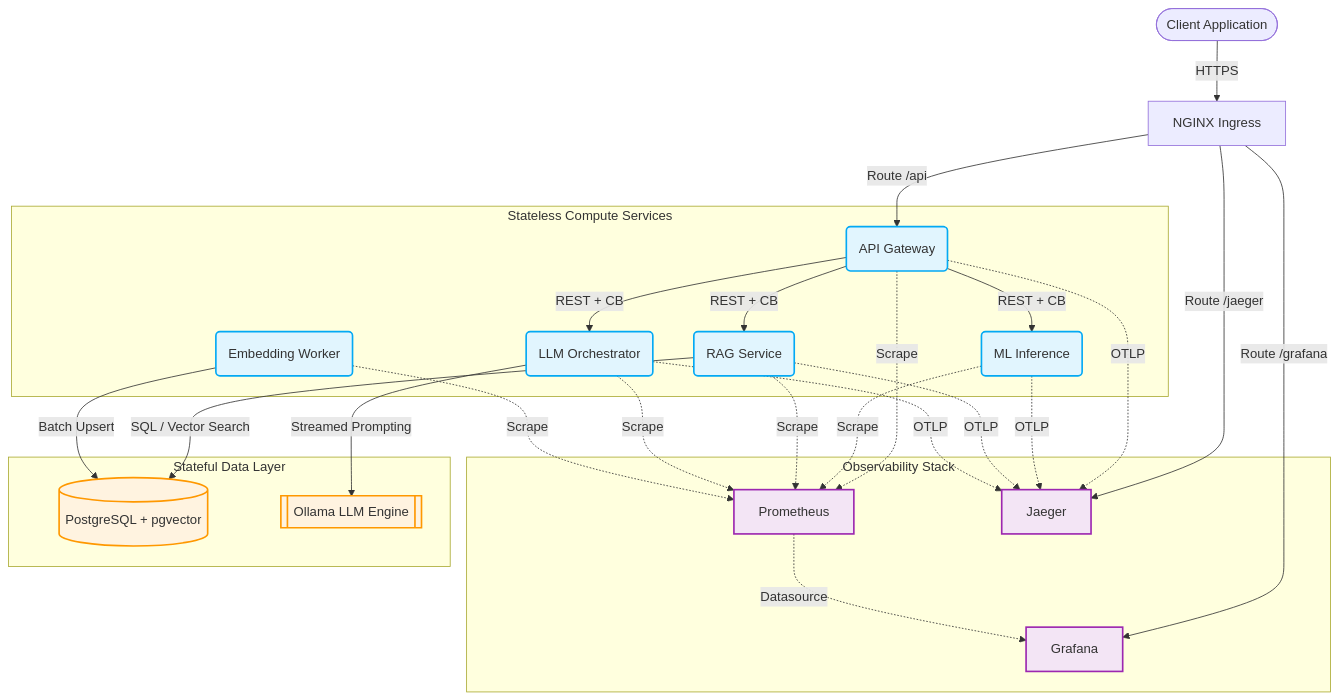
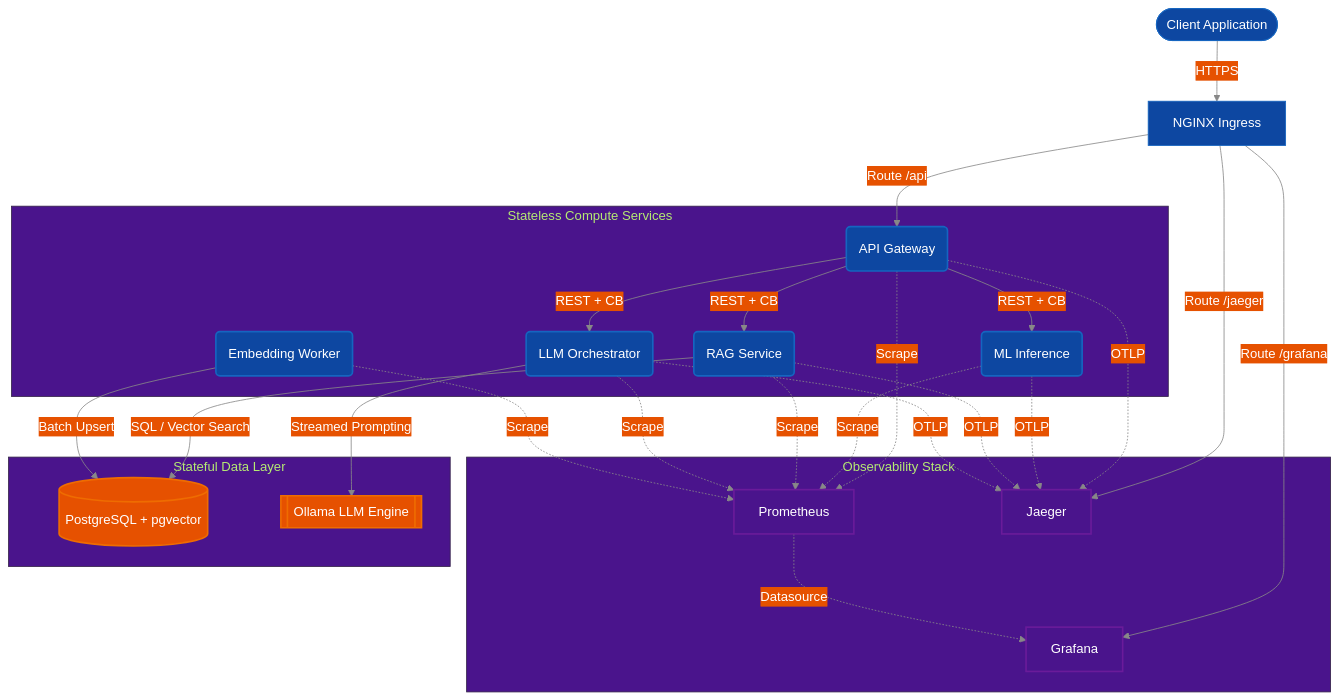
Before and after one commit to Satya136-dvsn/biz-stratosphere: the first of 3 diagrams in docs/whitepaper/diagrams.md, drawn with Mermaid.

Commit message:
style(docs): optimize architecture diagrams for dark mode visibility

````diff
--- a/docs/whitepaper/diagrams.md
+++ b/docs/whitepaper/diagrams.md
@@ -7,68 +7,69 @@
 ```mermaid
+%%{init: {'theme': 'base', 'themeVariables': { 'primaryColor': '#0d47a1', 'primaryTextColor': '#fff', 'primaryBorderColor': '#1565c0', 'lineColor': '#888', 'secondaryColor': '#e65100', 'tertiaryColor': '#4a148c' }}}%%
 graph TD
     %% External
     Client([Client Application])
     Ingress[NGINX Ingress]
 
     %% Observability
     subgraph Observability Stack
         Prom[Prometheus]
         Graf[Grafana]
         Jaeg[Jaeger]
     end
 
     %% Stateless Application Services
     subgraph Stateless Compute Services
         GW(API Gateway)
         ML(ML Inference)
         RAG(RAG Service)
         ORCH(LLM Orchestrator)
         WORK(Embedding Worker)
     end
 
     %% Stateful Data Services
     subgraph Stateful Data Layer
         PG[(PostgreSQL + pgvector)]
         LLM[[Ollama LLM Engine]]
     end
 
     %% Routing
     Client -->|HTTPS| Ingress
     Ingress -->|Route /api| GW
     Ingress -->|Route /grafana| Graf
     Ingress -->|Route /jaeger| Jaeg
 
     %% API Gateway Flow
     GW -->|REST + CB| ML
     GW -->|REST + CB| RAG
     GW -->|REST + CB| ORCH
 
     %% Backend Dependencies
     RAG -->|SQL / Vector Search| PG
     WORK -->|Batch Upsert| PG
     ORCH -->|Streamed Prompting| LLM
 
     %% Metrics Collection
     GW -.->|Scrape| Prom
     ML -.->|Scrape| Prom
     RAG -.->|Scrape| Prom
     ORCH -.->|Scrape| Prom
     WORK -.->|Scrape| Prom
     
     %% Dashboard
     Prom -.->|Datasource| Graf
     
     %% Traces
     GW -.->|OTLP| Jaeg
     ML -.->|OTLP| Jaeg
     RAG -.->|OTLP| Jaeg
     ORCH -.->|OTLP| Jaeg
 
-    classDef stateless fill:#e1f5fe,stroke:#03a9f4,stroke-width:2px;
-    classDef stateful fill:#fff3e0,stroke:#ff9800,stroke-width:2px;
-    classDef obs fill:#f3e5f5,stroke:#9c27b0,stroke-width:2px;
+    classDef stateless fill:#0d47a1,stroke:#1565c0,stroke-width:2px,color:#fff;
+    classDef stateful fill:#e65100,stroke:#ef6c00,stroke-width:2px,color:#fff;
+    classDef obs fill:#4a148c,stroke:#6a1b9a,stroke-width:2px,color:#fff;
     
     class GW,ML,RAG,ORCH,WORK stateless;
     class PG,LLM stateful;
     class Prom,Graf,Jaeg obs;
 ```
````
